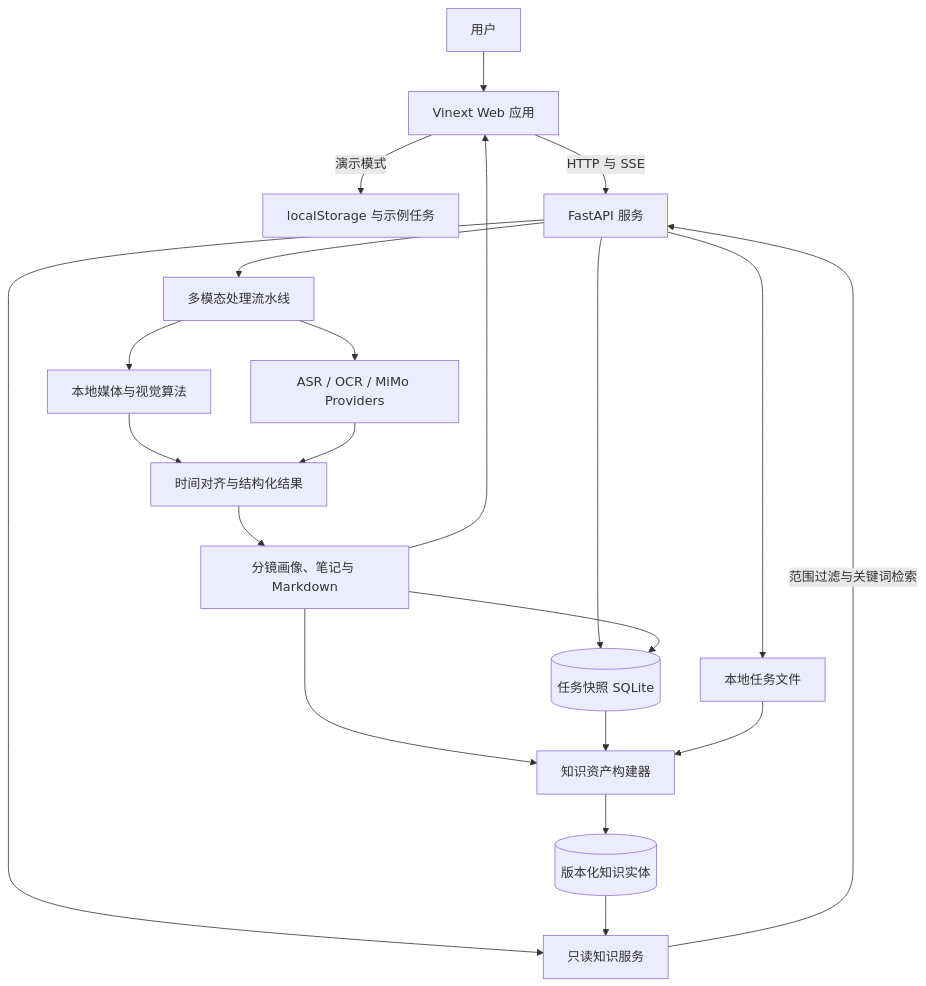
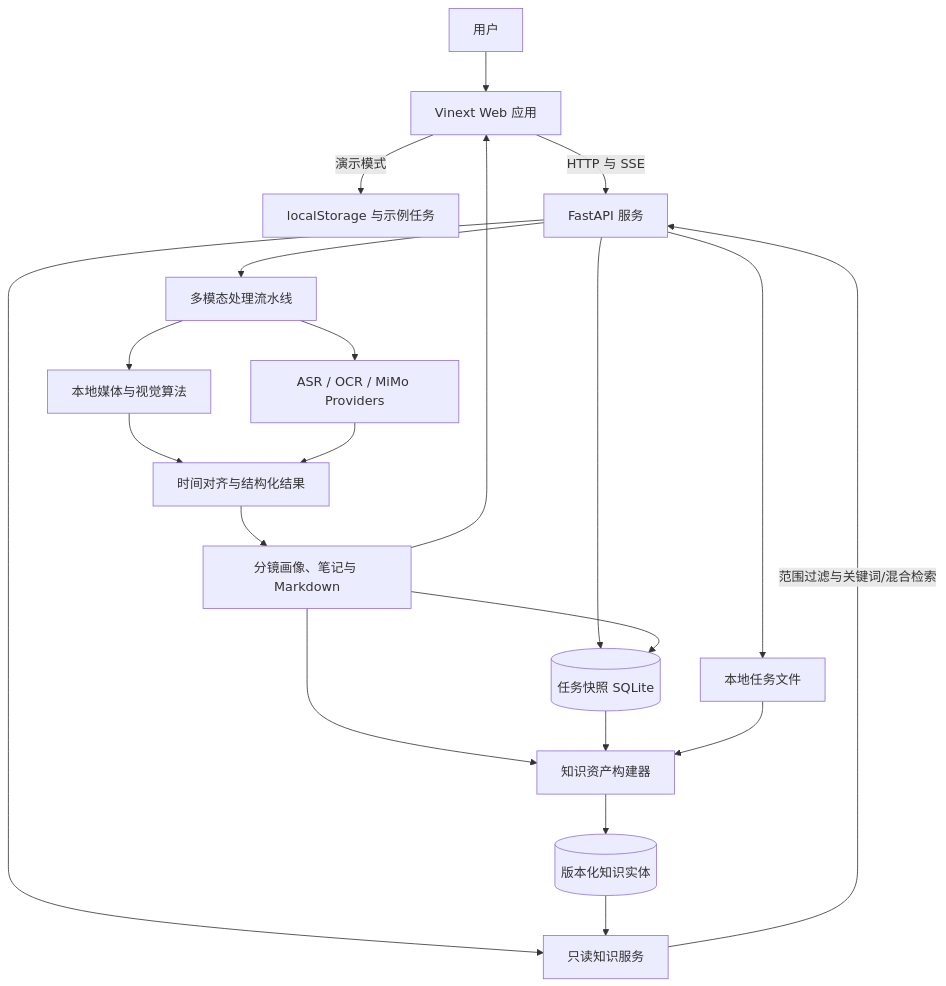
One commit to guyue356/SnapNote changed the first of 5 diagrams in README.md. Above: the diagram before and after it, drawn with Mermaid. The commit also changed other lines of this file and 18 other files, not shown here.

````diff
--- a/README.md
+++ b/README.md
@@ -277,26 +286,26 @@
 ```mermaid
 flowchart TD
     User["用户"] --> Web["Vinext Web 应用"]
     Web -->|"演示模式"| Local["localStorage 与示例任务"]
     Web -->|"HTTP 与 SSE"| API["FastAPI 服务"]
 
     API --> TaskDB[("任务快照 SQLite")]
     API --> Files["本地任务文件"]
     API --> Pipeline["多模态处理流水线"]
     API --> Query["只读知识服务"]
 
     Pipeline --> Media["本地媒体与视觉算法"]
     Pipeline --> Providers["ASR / OCR / MiMo Providers"]
     Media --> Assemble["时间对齐与结构化结果"]
     Providers --> Assemble
     Assemble --> Notes["分镜画像、笔记与 Markdown"]
     Notes --> TaskDB
     Notes --> Web
     Notes --> Builder["知识资产构建器"]
 
     TaskDB --> Builder
     Files --> Builder
     Builder --> KnowledgeDB[("版本化知识实体")]
     KnowledgeDB --> Query
-    Query -->|"范围过滤与关键词检索"| API
+    Query -->|"范围过滤与关键词/混合检索"| API
 ```
````
